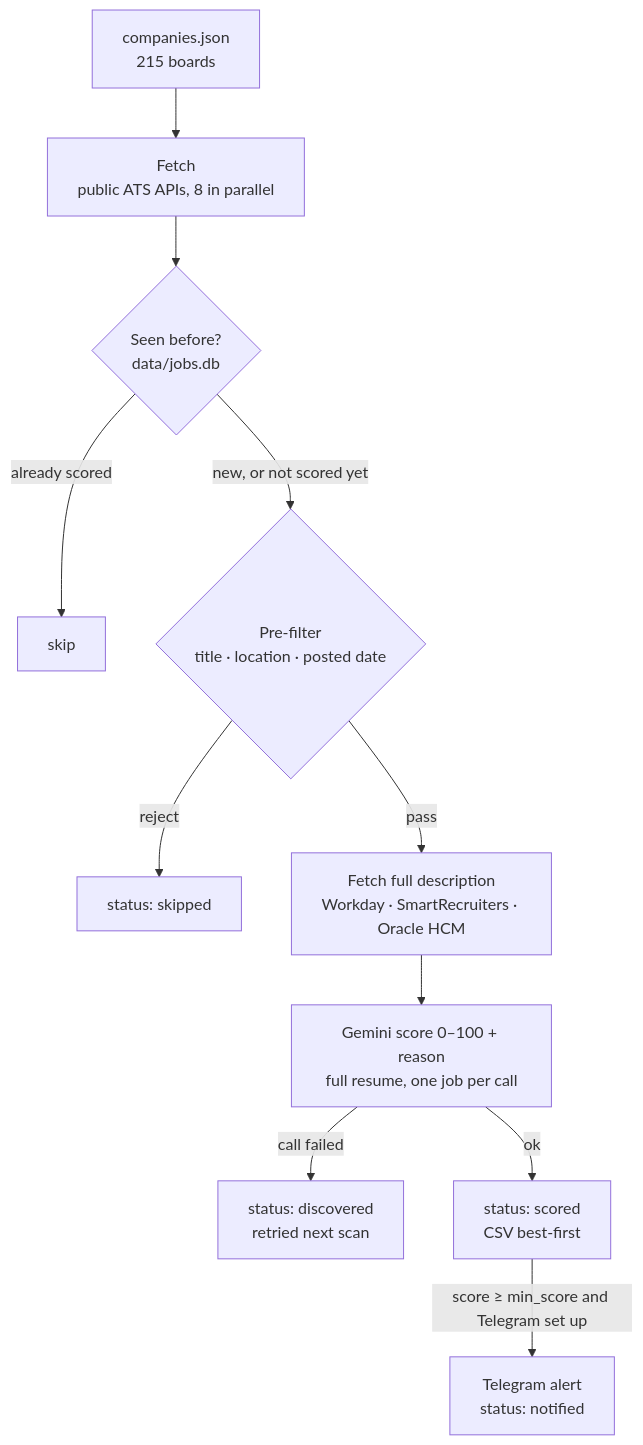
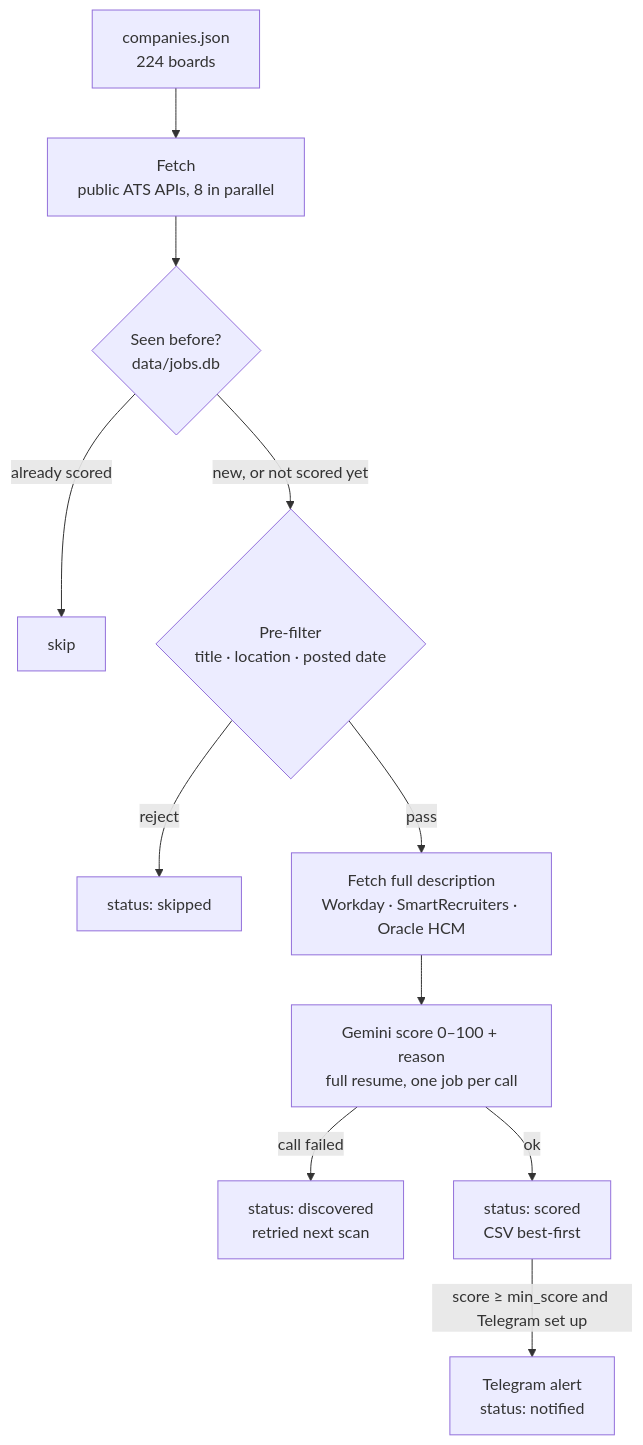
The diagram in README.md (Manish814142/rolesight), drawn with Mermaid before and after one commit. The commit also changed other lines of this file and 45 other files, not shown here.

````diff
--- a/README.md
+++ b/README.md
@@ -78,13 +79,13 @@
 ```mermaid
 flowchart TD
-    C["companies.json<br/>215 boards"] --> F["Fetch<br/>public ATS APIs, 8 in parallel"]
+    C["companies.json<br/>224 boards"] --> F["Fetch<br/>public ATS APIs, 8 in parallel"]
     F --> D{"Seen before?<br/>data/jobs.db"}
     D -- "already scored" --> X["skip"]
     D -- "new, or not scored yet" --> P{"Pre-filter<br/>title · location · posted date"}
     P -- reject --> S["status: skipped"]
     P -- pass --> E["Fetch full description<br/>Workday · SmartRecruiters · Oracle HCM"]
     E --> G["Gemini score 0–100 + reason<br/>full resume, one job per call"]
     G -- "call failed" --> R["status: discovered<br/>retried next scan"]
     G -- ok --> O["status: scored<br/>CSV best-first"]
     O -- "score ≥ min_score and Telegram set up" --> T["Telegram alert<br/>status: notified"]
 ```
````
